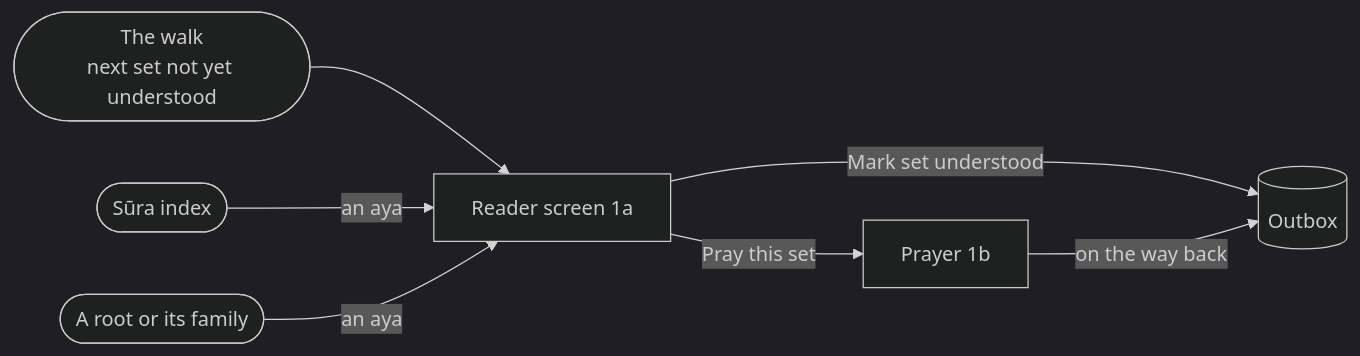
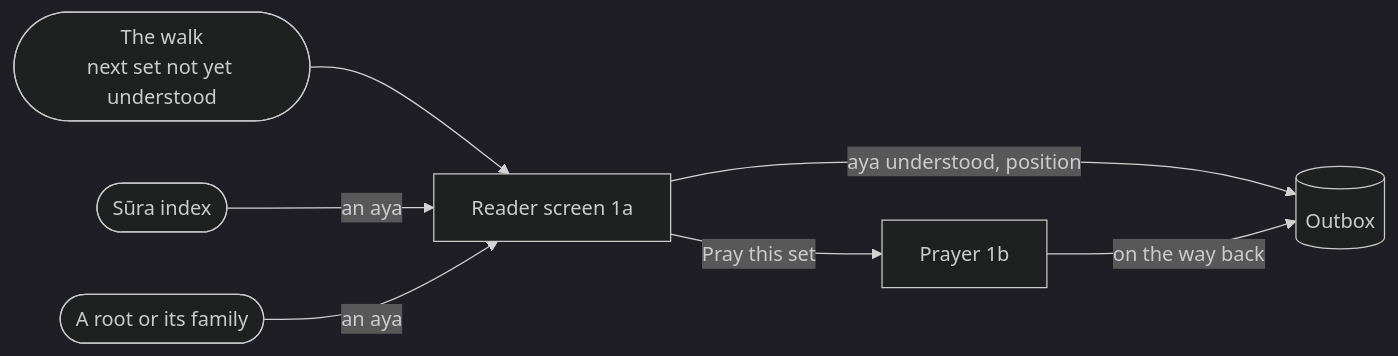
One commit to MohammadBnei/wird changed the second of 5 diagrams in docs/architecture/app/sets-and-reader.md. Above: the diagram before and after it, drawn with Mermaid (dark theme). The commit also changed other lines of this file and 3 other files, not shown here.

First line of the commit message:
Describe the sūra reader in the reader's architecture page

````diff
--- a/docs/architecture/app/sets-and-reader.md
+++ b/docs/architecture/app/sets-and-reader.md
@@ -34,9 +36,9 @@
 ```mermaid
 flowchart LR
   walk(["The walk<br/>next set not yet understood"]) --> reader["Reader screen 1a"]
   index(["Sūra index"]) -->|"an aya"| reader
   root(["A root or its family"]) -->|"an aya"| reader
   reader -->|"Pray this set"| prayer["Prayer 1b"]
-  reader -->|"Mark set understood"| outbox[("Outbox")]
+  reader -->|"aya understood, position"| outbox[("Outbox")]
   prayer -->|"on the way back"| outbox
 ```
````
